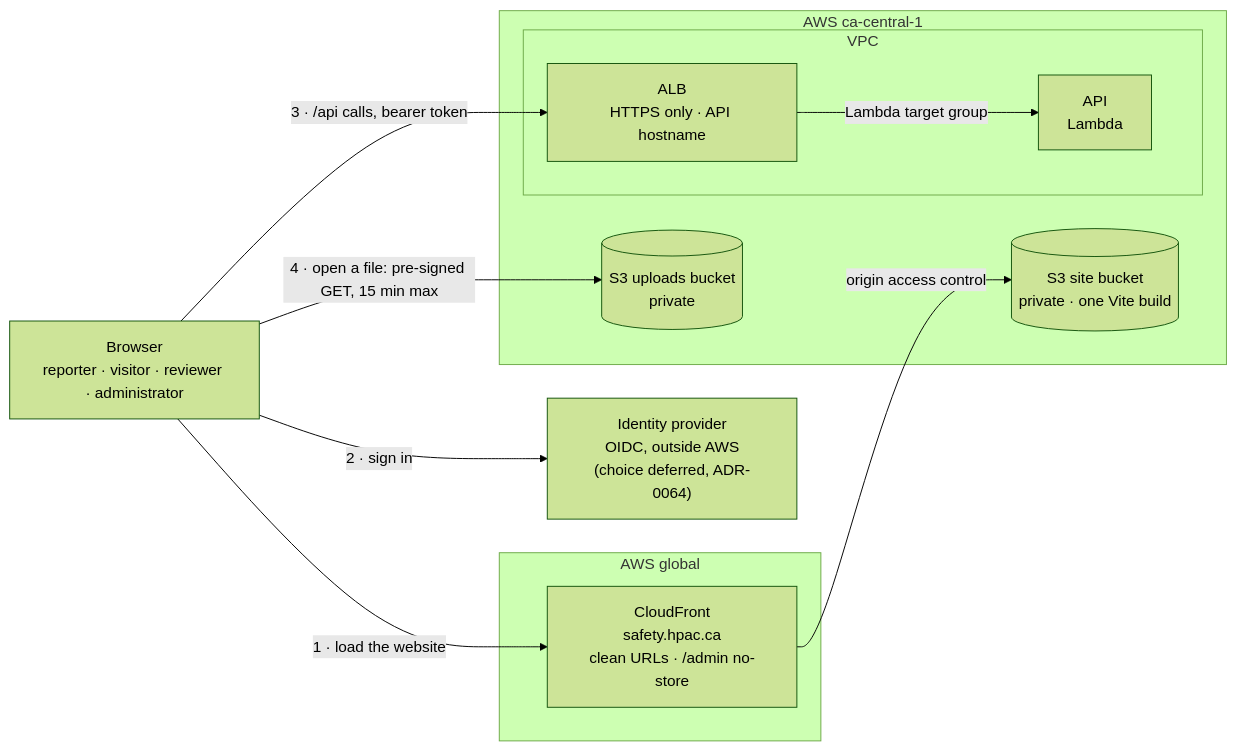
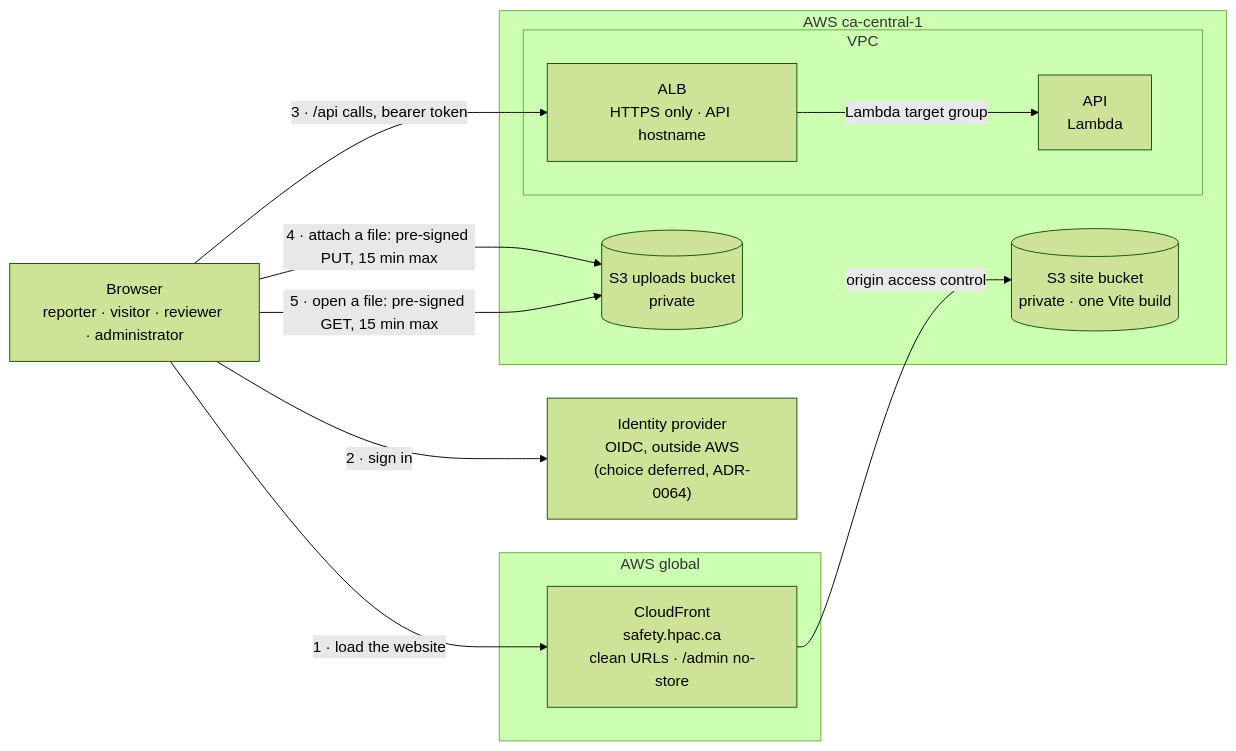
One commit to HPAC-Safety/safety-report changed the first of 3 diagrams in docs/infrastructure-and-operations.md. Above: the diagram before and after it, drawn with Mermaid (forest theme). The commit also changed other lines of this file and 69 other files, not shown here.

First line of the commit message:
Upload attachments straight to quarantine by pre-signed PUT, capped at 250 MB video and 25 MB image or document (#510)

````diff
--- a/docs/infrastructure-and-operations.md
+++ b/docs/infrastructure-and-operations.md
@@ -26,25 +26,26 @@
 ```mermaid
 flowchart LR
     browser["Browser<br/>reporter · visitor · reviewer · administrator"]
     idp["Identity provider<br/>OIDC, outside AWS<br/>(choice deferred, ADR-0064)"]
 
     subgraph global["AWS global"]
         cf["CloudFront<br/>safety.hpac.ca<br/>clean URLs · /admin no-store"]
     end
 
     subgraph region["AWS ca-central-1"]
         site[("S3 site bucket<br/>private · one Vite build")]
         subgraph vpc["VPC"]
             alb["ALB<br/>HTTPS only · API hostname"]
             api["API<br/>Lambda"]
         end
         uploads[("S3 uploads bucket<br/>private")]
     end
 
     browser -->|"1 · load the website"| cf
     cf -->|"origin access control"| site
     browser -->|"2 · sign in"| idp
     browser -->|"3 · /api calls, bearer token"| alb
     alb -->|"Lambda target group"| api
-    browser -->|"4 · open a file: pre-signed GET, 15 min max"| uploads
+    browser -->|"4 · attach a file: pre-signed PUT, 15 min max"| uploads
+    browser -->|"5 · open a file: pre-signed GET, 15 min max"| uploads
 ```
````
